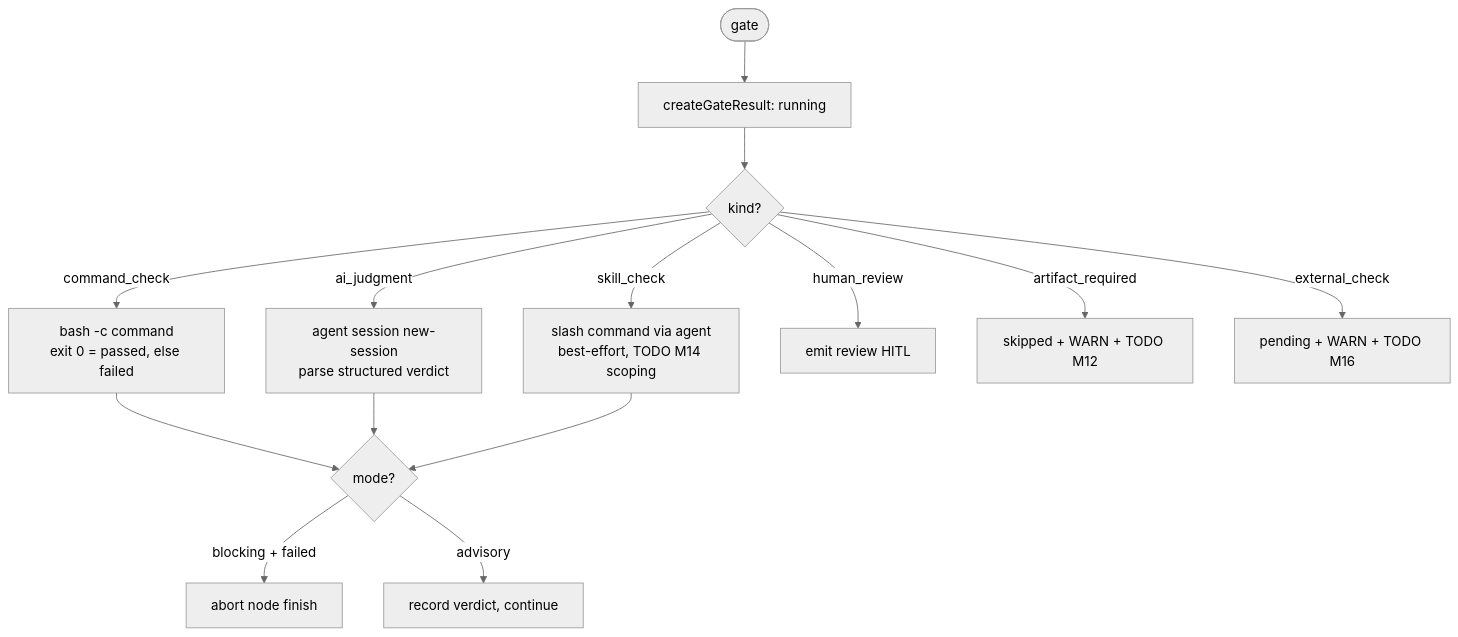
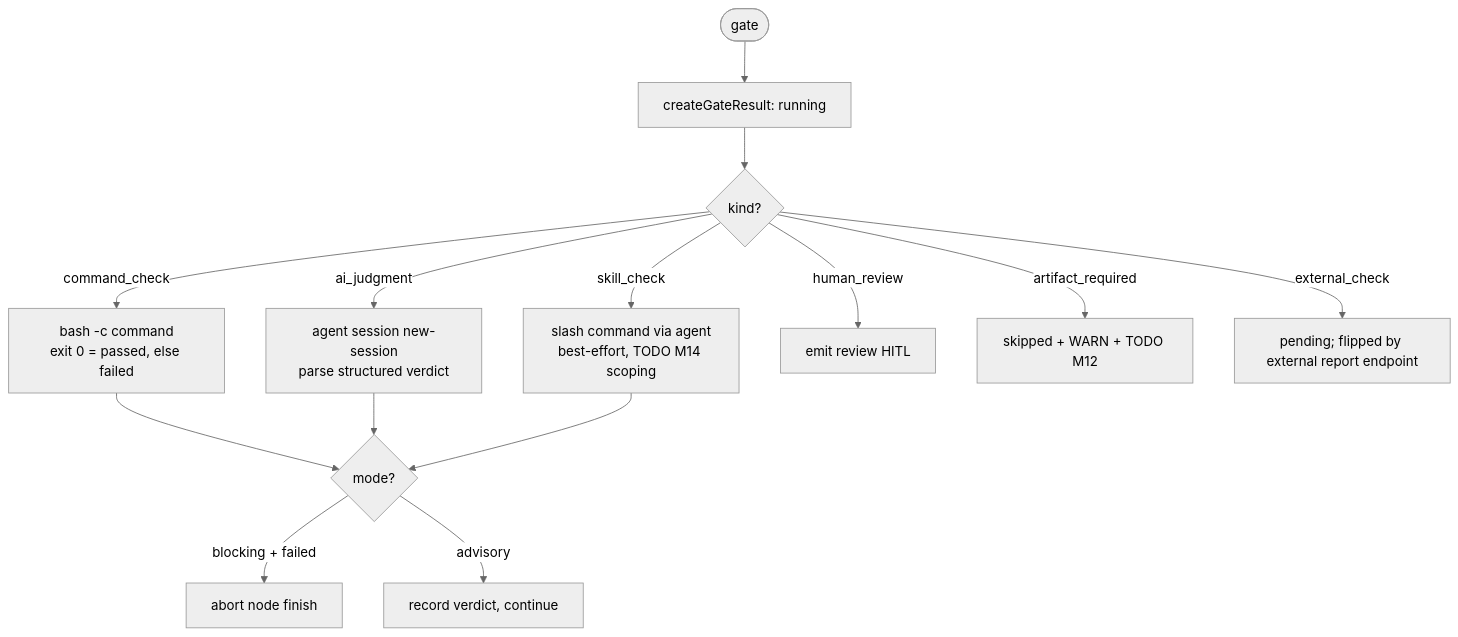
The fifth of 6 diagrams in docs/system-analytics/flow-graph.md (maister-dev/maister), drawn with Mermaid (neutral theme) before and after one commit. The commit also changed other lines of this file and 115 other files, not shown here.

````diff
--- a/docs/system-analytics/flow-graph.md
+++ b/docs/system-analytics/flow-graph.md
@@ -184,16 +185,16 @@
 ```mermaid
 flowchart TD
     G([gate]) --> Row[createGateResult: running]
     Row --> K{kind?}
     K -- command_check --> CC[bash -c command<br/>exit 0 = passed, else failed]
     K -- ai_judgment --> AI[agent session new-session<br/>parse structured verdict]
     K -- skill_check --> SK[slash command via agent<br/>best-effort, TODO M14 scoping]
     K -- human_review --> HR[emit review HITL]
     K -- artifact_required --> AR[skipped + WARN + TODO M12]
-    K -- external_check --> EC[pending + WARN + TODO M16]
+    K -- external_check --> EC[pending; flipped by external report endpoint]
     CC --> Mode{mode?}
     AI --> Mode
     SK --> Mode
     Mode -- blocking + failed --> Abort[abort node finish]
     Mode -- advisory --> Cont[record verdict, continue]
 ```
````
